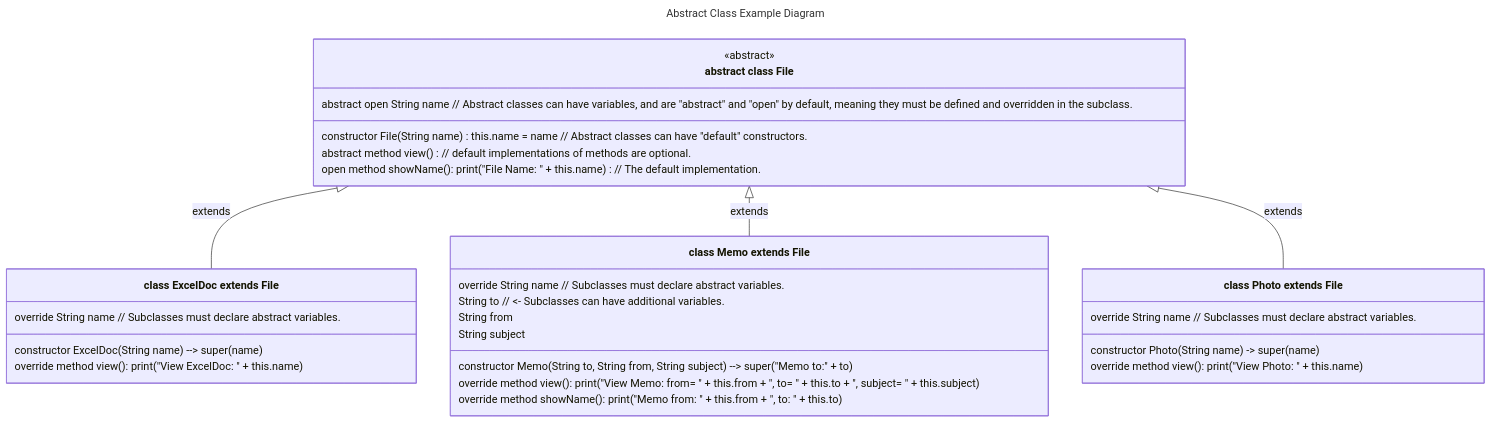
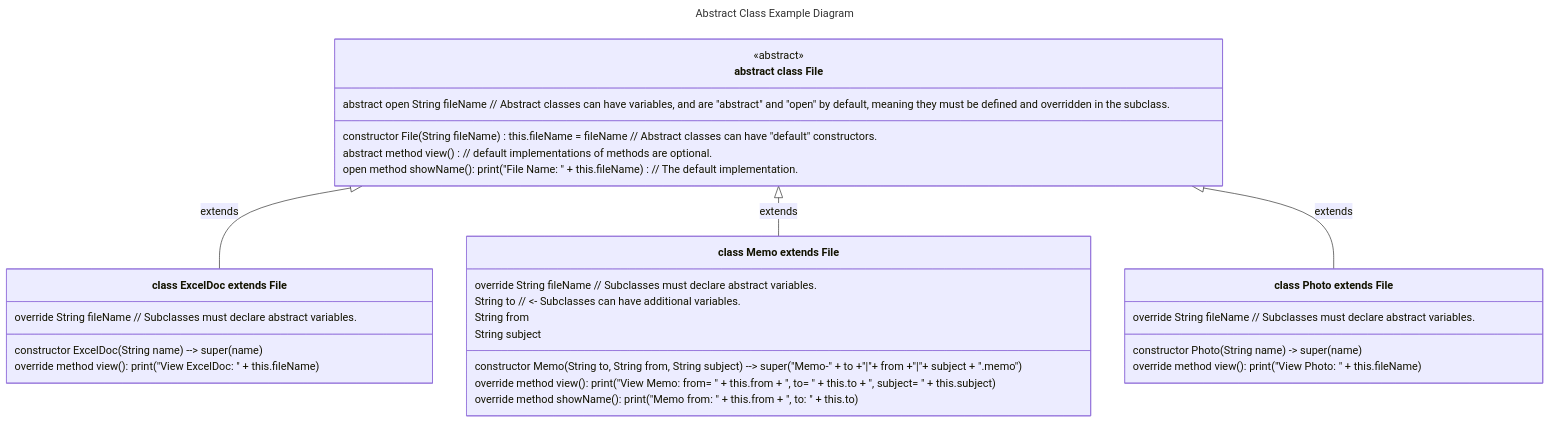
One commit to realityexpander/How_to_program_from_ground_up changed the sixth of 8 diagrams in 09-ClassOrientedProgramming.md. Above: the diagram before and after it, drawn with Mermaid.

Commit message:
update COP

````diff
--- a/09-ClassOrientedProgramming.md
+++ b/09-ClassOrientedProgramming.md
@@ -699,47 +699,47 @@
     ```mermaid
     ---
     title: Abstract Class Example Diagram
       
     ---
     classDiagram
     direction TB
     File <|-- ExcelDoc : extends
     File <|-- Memo : extends
     File <|-- Photo : extends
       
     class File["abstract class File"] {
-       abstract open String name  // Abstract classes can have variables, and are "abstract" and "open" by default, meaning they must be defined and overridden in the subclass.
+       abstract open String fileName  // Abstract classes can have variables, and are "abstract" and "open" by default, meaning they must be defined and overridden in the subclass.
        
-       constructor File(String name) this.name = name // Abstract classes can have "default" constructors.
+       constructor File(String fileName) this.fileName = fileName // Abstract classes can have "default" constructors.
         
        abstract method view() // default implementations of methods are optional.
-       open method showName(): print("File Name: " + this.name) // The default implementation.
+       open method showName(): print("File Name: " + this.fileName) // The default implementation.
     }
     <<abstract>> File 
       
     class ExcelDoc["class ExcelDoc extends File"] {
-       override String name // Subclasses must declare abstract variables.
+       override String fileName // Subclasses must declare abstract variables.
     
        constructor ExcelDoc(String name) --> super(name)
     
-       override method view(): print("View ExcelDoc: " + this.name) 
+       override method view(): print("View ExcelDoc: " + this.fileName) 
+    }
+    class Photo["class Photo extends File"] {
+       override String fileName // Subclasses must declare abstract variables.
+    
+       constructor Photo(String name) -> super(name)
+       
+       override method view(): print("View Photo: " + this.fileName)
     }
     class Memo["class Memo extends File"] {
-       override String name //  Subclasses must declare abstract variables.
+       override String fileName //  Subclasses must declare abstract variables.
        String to  // <- Subclasses can have additional variables.
        String from
        String subject
     
-       constructor Memo(String to, String from, String subject) --> super("Memo to:" + to)
+       constructor Memo(String to, String from, String subject) --> super("Memo-" + to +"|"+ from +"|"+ subject + ".memo")
        
        override method view(): print("View Memo: from= " + this.from + ", to= " + this.to + ", subject= " + this.subject) 
        override method showName(): print("Memo from: " + this.from + ", to: " + this.to)
     }
-    class Photo["class Photo extends File"] {
-       override String name // Subclasses must declare abstract variables.
-    
-       constructor Photo(String name) -> super(name)
-       
-       override method view(): print("View Photo: " + this.name)
-    }
     ```
````
